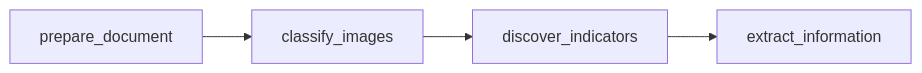
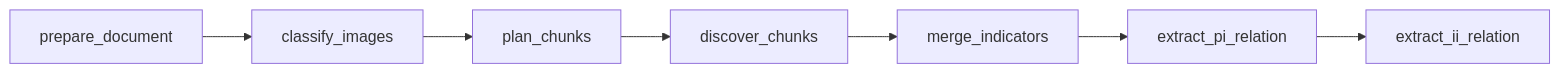
One commit to Zengzzhao/Metrics-Assistant changed the diagram in README.md. Above: the diagram before and after it, drawn with Mermaid. The commit also changed other lines of this file and 12 other files, not shown here.

````diff
--- a/README.md
+++ b/README.md
@@ -25,6 +44,9 @@
 ```mermaid
 flowchart LR
     A[prepare_document] --> B[classify_images]
-    B --> C[discover_indicators]
-    C --> D[extract_information]
+    B --> C[plan_chunks]
+    C --> D[discover_chunks]
+    D --> E[merge_indicators]
+    E --> F[extract_pi_relation]
+    F --> G[extract_ii_relation]
 ```
````
